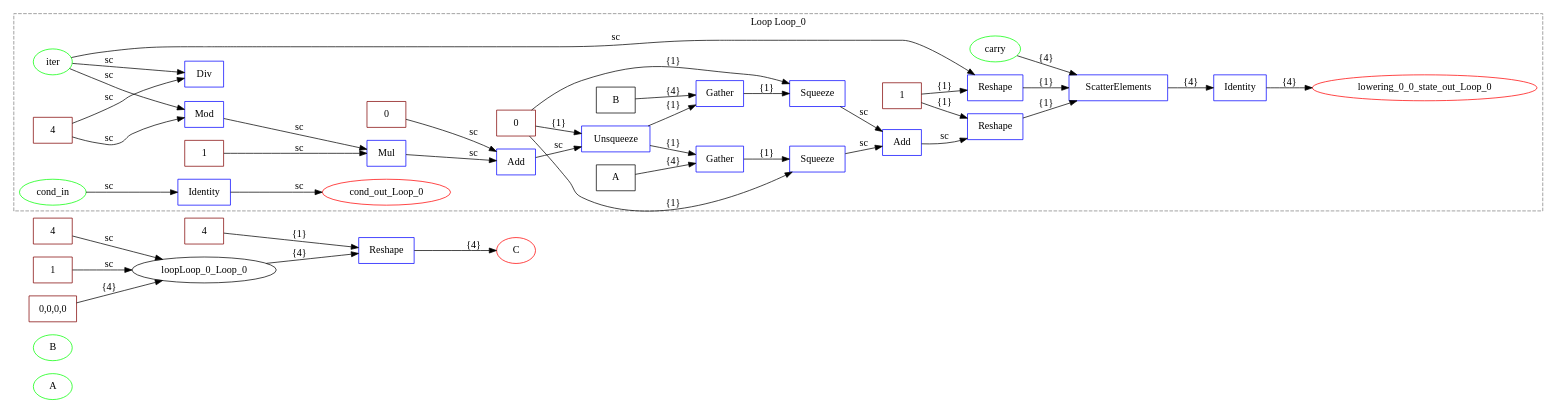
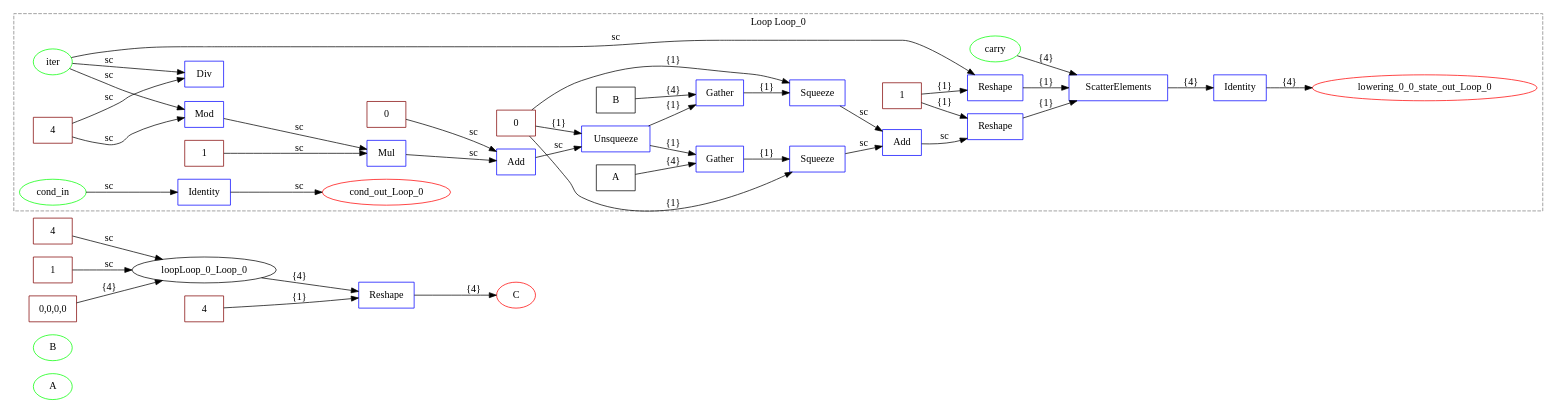
The diagram in examples/onnx/vectoradd_test.dot (specs-feup/onnx-flow), drawn with Graphviz before and after one commit. The commit also changed other lines of this file and 68 other files, not shown here.

```diff
--- a/examples/onnx/vectoradd_test.dot
+++ b/examples/onnx/vectoradd_test.dot
@@ -1,82 +1,82 @@
 digraph {
   graph [compound=true rankdir=LR];
   A [label=A shape=ellipse color=lime];
   B [label=B shape=ellipse color=lime];
   C [label=C shape=ellipse color=red];
   lowering_0_Reshape [label=Reshape shape=box color=blue];
-  lowering_0_final_shape [label=4 shape=box color=maroon];
   lowering_0_trip_count_Loop_0 [label=4 shape=box color=maroon];
   lowering_0_cond_Loop_0 [label=1 shape=box color=maroon];
   lowering_0_init_carry_Loop_0 [label="0,0,0,0" shape=box color=maroon];
   subgraph cluster_loop_Loop_0 {
     graph [compound=true rankdir=LR];
     loopLoop_0_iter [label=iter shape=ellipse color=lime];
     loopLoop_0_cond_in [label=cond_in shape=ellipse color=lime];
     loopLoop_0_carry [label=carry shape=ellipse color=lime];
     loopLoop_0_id_cond_Loop_0 [label=Identity shape=box color=blue];
     loopLoop_0_cond_out_Loop_0 [label=cond_out_Loop_0 shape=ellipse color=red];
     loopLoop_0_Loop_0_axes [label=0 shape=box color=maroon];
     loopLoop_0_A [label=A shape=box];
     loopLoop_0_ew_0_mr_dim_gb_out_A_0 [label=4 shape=box color=maroon];
     loopLoop_0_ew_0_Mod [label=Mod shape=box color=blue];
     loopLoop_0_ew_0_Mod -> loopLoop_0_ew_0_Mul [label=sc];
     loopLoop_0_ew_0_Div [label=Div shape=box color=blue];
     loopLoop_0_ew_0_lin_zero_gb_lin_A [label=0 shape=box color=maroon];
     loopLoop_0_ew_0_lin_stride_gb_lin_A_0 [label=1 shape=box color=maroon];
     loopLoop_0_ew_0_Mul [label=Mul shape=box color=blue];
     loopLoop_0_ew_0_Mul -> loopLoop_0_ew_0_Add [label=sc];
     loopLoop_0_ew_0_Add [label=Add shape=box color=blue];
     loopLoop_0_ew_0_Add -> loopLoop_0_ew_0_Unsqueeze [label=sc];
     loopLoop_0_ew_0_Unsqueeze [label=Unsqueeze shape=box color=blue];
     loopLoop_0_ew_0_Unsqueeze -> loopLoop_0_ew_0_Gather [label="{1}"];
     loopLoop_0_ew_0_Unsqueeze -> loopLoop_0_ew_0_Gather_1 [label="{1}"];
     loopLoop_0_ew_0_Gather [label=Gather shape=box color=blue];
     loopLoop_0_ew_0_Gather -> loopLoop_0_ew_0_Squeeze [label="{1}"];
     loopLoop_0_ew_0_Squeeze [label=Squeeze shape=box color=blue];
     loopLoop_0_ew_0_Squeeze -> loopLoop_0_ew_0_Add_1 [label=sc];
     loopLoop_0_B [label=B shape=box];
     loopLoop_0_ew_0_Gather_1 [label=Gather shape=box color=blue];
     loopLoop_0_ew_0_Gather_1 -> loopLoop_0_ew_0_Squeeze_1 [label="{1}"];
     loopLoop_0_ew_0_Squeeze_1 [label=Squeeze shape=box color=blue];
     loopLoop_0_ew_0_Squeeze_1 -> loopLoop_0_ew_0_Add_1 [label=sc];
     loopLoop_0_ew_0_Add_1 [label=Add shape=box color=blue];
     loopLoop_0_ew_0_Add_1 -> loopLoop_0_Loop_0_Reshape_1 [label=sc];
     loopLoop_0_Loop_0_one_shape [label=1 shape=box color=maroon];
     loopLoop_0_Loop_0_Reshape [label=Reshape shape=box color=blue];
     loopLoop_0_Loop_0_Reshape -> loopLoop_0_Loop_0_ScatterElements [label="{1}"];
     loopLoop_0_Loop_0_Reshape_1 [label=Reshape shape=box color=blue];
     loopLoop_0_Loop_0_Reshape_1 -> loopLoop_0_Loop_0_ScatterElements [label="{1}"];
     loopLoop_0_Loop_0_ScatterElements [label=ScatterElements shape=box color=blue];
     loopLoop_0_Loop_0_ScatterElements -> loopLoop_0_lowering_0_id_state_out_Loop_0_0 [label="{4}"];
     loopLoop_0_lowering_0_0_state_out_Loop_0 [label=lowering_0_0_state_out_Loop_0 shape=ellipse color=red];
     loopLoop_0_lowering_0_id_state_out_Loop_0_0 [label=Identity shape=box color=blue];
     loopLoop_0_cond_in -> loopLoop_0_id_cond_Loop_0 [label=sc];
     loopLoop_0_iter -> loopLoop_0_ew_0_Mod [label=sc];
     loopLoop_0_ew_0_mr_dim_gb_out_A_0 -> loopLoop_0_ew_0_Mod [label=sc];
     loopLoop_0_id_cond_Loop_0 -> loopLoop_0_cond_out_Loop_0 [label=sc];
     loopLoop_0_iter -> loopLoop_0_ew_0_Div [label=sc];
     loopLoop_0_ew_0_mr_dim_gb_out_A_0 -> loopLoop_0_ew_0_Div [label=sc];
     loopLoop_0_ew_0_lin_stride_gb_lin_A_0 -> loopLoop_0_ew_0_Mul [label=sc];
     loopLoop_0_ew_0_lin_zero_gb_lin_A -> loopLoop_0_ew_0_Add [label=sc];
     loopLoop_0_Loop_0_axes -> loopLoop_0_ew_0_Unsqueeze [label="{1}"];
     loopLoop_0_A -> loopLoop_0_ew_0_Gather [label="{4}"];
     loopLoop_0_Loop_0_axes -> loopLoop_0_ew_0_Squeeze [label="{1}"];
     loopLoop_0_B -> loopLoop_0_ew_0_Gather_1 [label="{4}"];
     loopLoop_0_Loop_0_axes -> loopLoop_0_ew_0_Squeeze_1 [label="{1}"];
     loopLoop_0_iter -> loopLoop_0_Loop_0_Reshape [label=sc];
     loopLoop_0_Loop_0_one_shape -> loopLoop_0_Loop_0_Reshape [label="{1}"];
     loopLoop_0_Loop_0_one_shape -> loopLoop_0_Loop_0_Reshape_1 [label="{1}"];
     loopLoop_0_carry -> loopLoop_0_Loop_0_ScatterElements [label="{4}"];
     loopLoop_0_lowering_0_id_state_out_Loop_0_0 -> loopLoop_0_lowering_0_0_state_out_Loop_0 [label="{4}"];
     graph [label="Loop Loop_0"];
     graph [style=dashed];
     graph [color=gray];
   }
 
   loopLoop_0_Loop_0 -> lowering_0_Reshape [label="{4}" ltail=cluster_loop_Loop_0];
+  lowering_0_final_shape [label=4 shape=box color=maroon];
   lowering_0_final_shape -> lowering_0_Reshape [label="{1}"];
   lowering_0_trip_count_Loop_0 -> loopLoop_0_Loop_0 [label=sc lhead=cluster_loop_Loop_0];
   lowering_0_cond_Loop_0 -> loopLoop_0_Loop_0 [label=sc lhead=cluster_loop_Loop_0];
   lowering_0_init_carry_Loop_0 -> loopLoop_0_Loop_0 [label="{4}" lhead=cluster_loop_Loop_0];
   lowering_0_Reshape -> C [label="{4}"];
 }
```
